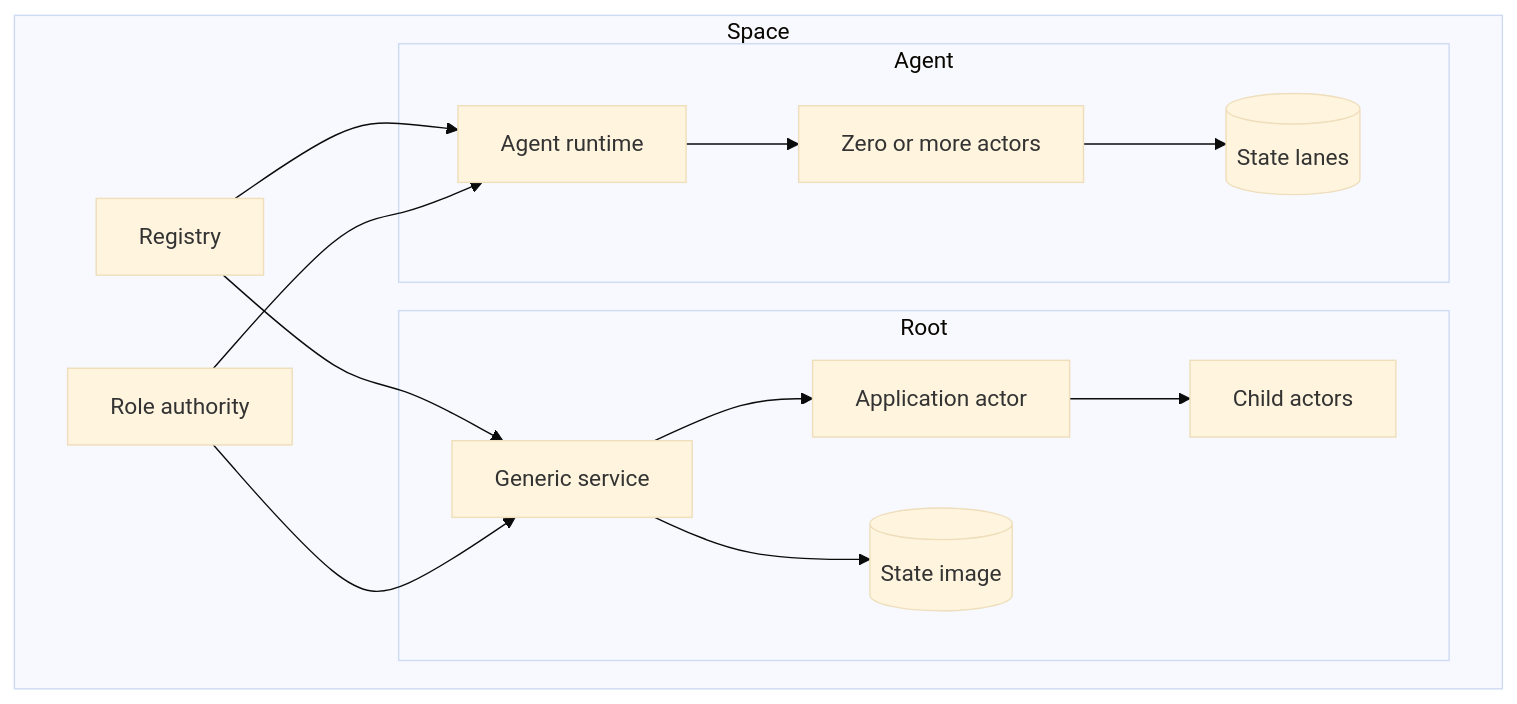
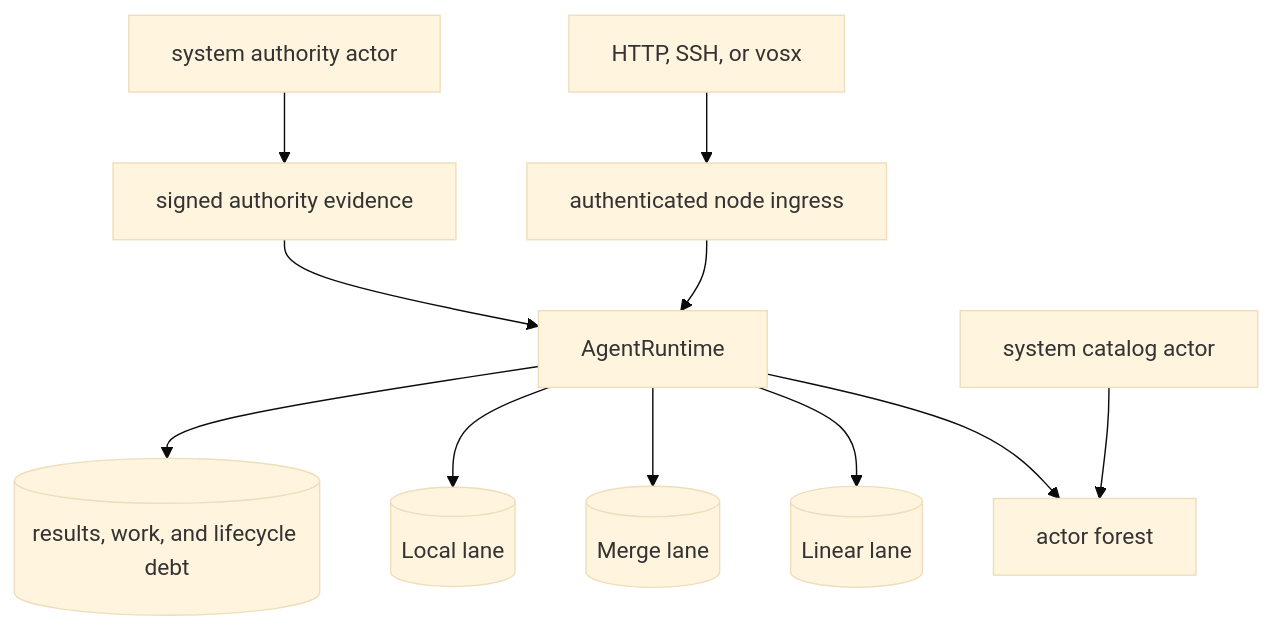
Before and after one commit to virto-network/vos: the diagram in docs/architecture.md, drawn with Mermaid (base theme). The commit also changed other lines of this file and 4 other files, not shown here.

````diff
--- a/docs/architecture.md
+++ b/docs/architecture.md
@@ -10,27 +9,13 @@
 ```mermaid
 flowchart TB
-    subgraph Space
-        Registry[Registry]
-        Authority[Role authority]
-        subgraph Root
-            Service[Generic service]
-            Actor[Application actor]
-            Children[Child actors]
-            Store[(State image)]
-        end
-        subgraph Agent
-            Runtime[Agent runtime]
-            Many[Zero or more actors]
-            Lanes[(State lanes)]
-        end
-        Registry --> Service
-        Registry --> Runtime
-        Authority --> Service
-        Authority --> Runtime
-        Service --> Actor
-        Actor --> Children
-        Service --> Store
-        Runtime --> Many
-        Many --> Lanes
-    end
+    Client[HTTP, SSH, or vosx] --> Node[authenticated node ingress]
+    Node --> Agent[AgentRuntime]
+    Agent --> Directory[actor forest]
+    Agent --> Linear[(Linear lane)]
+    Agent --> Merge[(Merge lane)]
+    Agent --> Local[(Local lane)]
+    Agent --> Results[(results, work, and lifecycle debt)]
+    Authority[system authority actor] --> Evidence[signed authority evidence]
+    Evidence --> Agent
+    Catalog[system catalog actor] --> Directory
 ```
````
